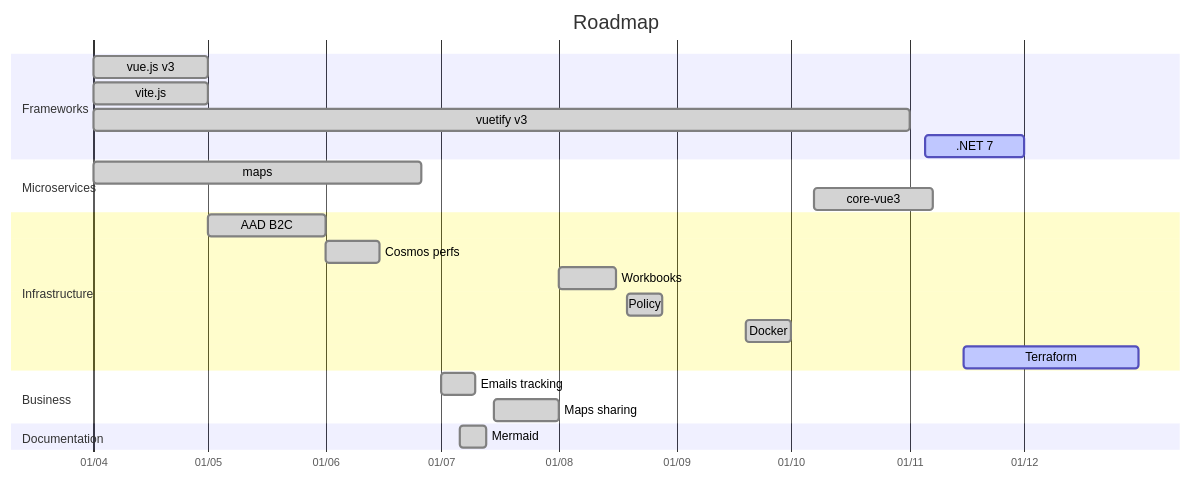
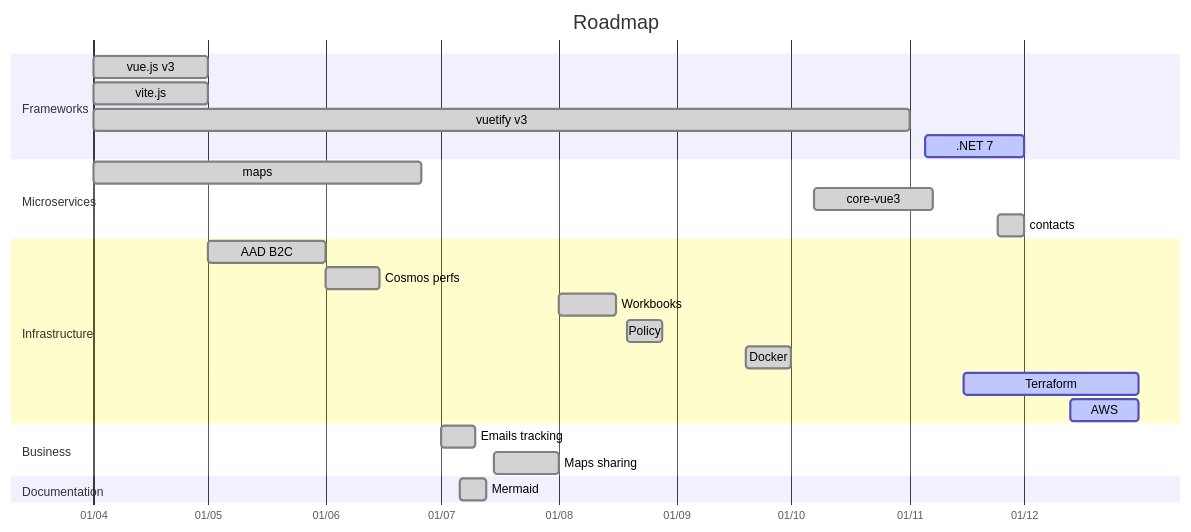
One commit to amilochau/.github changed the diagram in docs/roadmap.md. Above: the diagram before and after it, drawn with Mermaid. The commit also changed other lines of this file, not shown here.

Commit message:
Update roadmap

````diff
--- a/docs/roadmap.md
+++ b/docs/roadmap.md
@@ -9,31 +9,33 @@
 ```mermaid
 gantt
   title Roadmap
   dateFormat YYYY-MM-DD
   axisFormat %d/%m
 
   section Frameworks
   vue.js v3       : done,       vue,        2022-04-01,               2022-05-01
   vite.js         : done,       vite,       2022-04-01,               2022-05-01
   vuetify v3      : done,       vuetify,    2022-04-01,               2022-11-01
   .NET 7          : active,     dotnet,     2022-11-05,               2022-12-01
 
   section Microservices
   maps            : done,       maps,       2022-04-01,               2022-06-26
   core-vue3       : done,       corevue3,   2022-10-07,               2022-11-07
+  contacts        : done,       contacts,   2022-11-24,               2022-12-01
 
   section Infrastructure
   AAD B2C         : done,       aadb2c,     2022-05-01,               2022-06-01
   Cosmos perfs    : done,       cosmos,     2022-06-01,               2022-06-15
   Workbooks       : done,       workbooks,  2022-08-01,               2022-08-16
   Policy          : done,       policy,     2022-08-19,               2022-08-28
   Docker          : done,       docker,     2022-09-19,               2022-10-01
   Terraform       : active,     terraform,  2022-11-15,               2022-12-31
+  AWS             : active,     aws,        2022-12-13,               2022-12-31
 
   section Business
   Emails tracking : done,       tracking,   2022-07-01,               2022-07-10
   Maps sharing    : done,       sharing,    2022-07-15,               2022-08-01
 
   section Documentation
   Mermaid         : done,       mermaid,    2022-07-06,               2022-07-13
 ```
````
